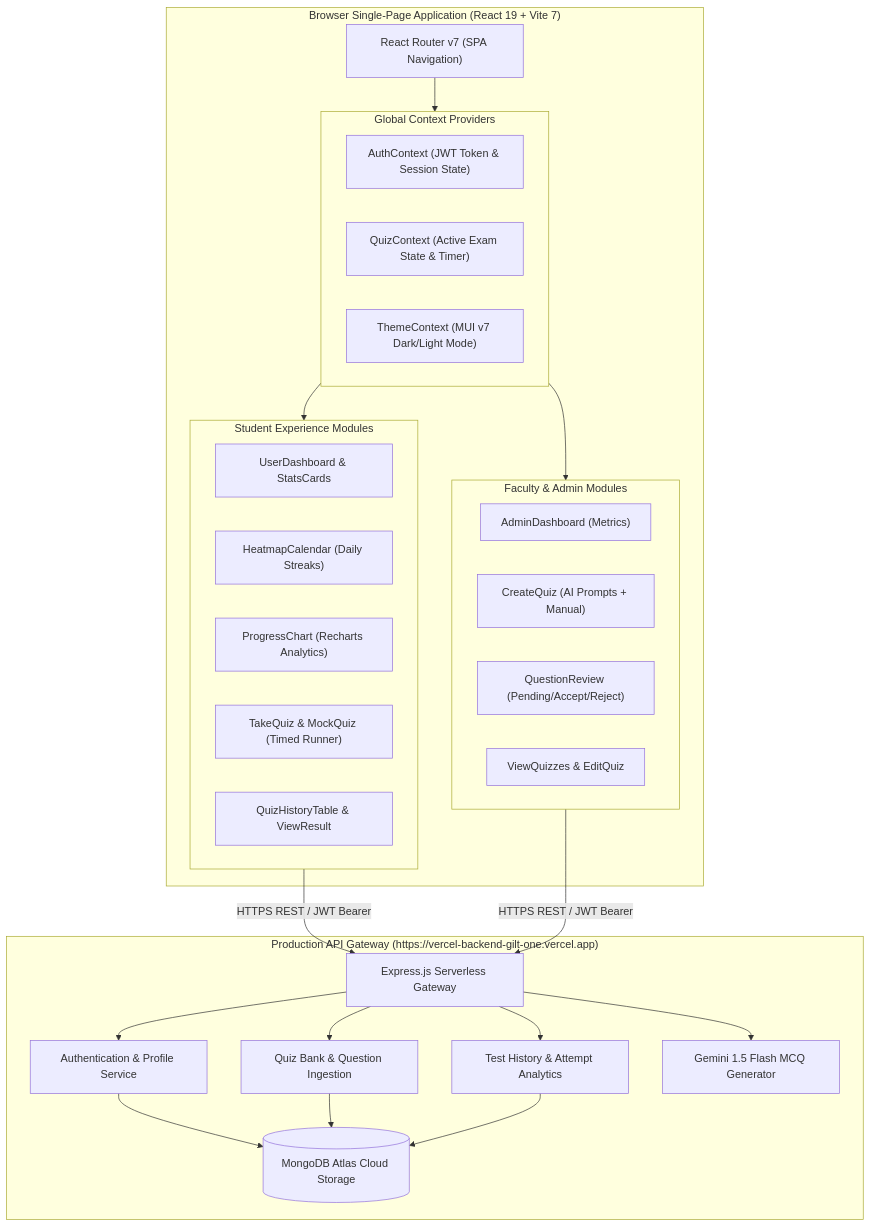
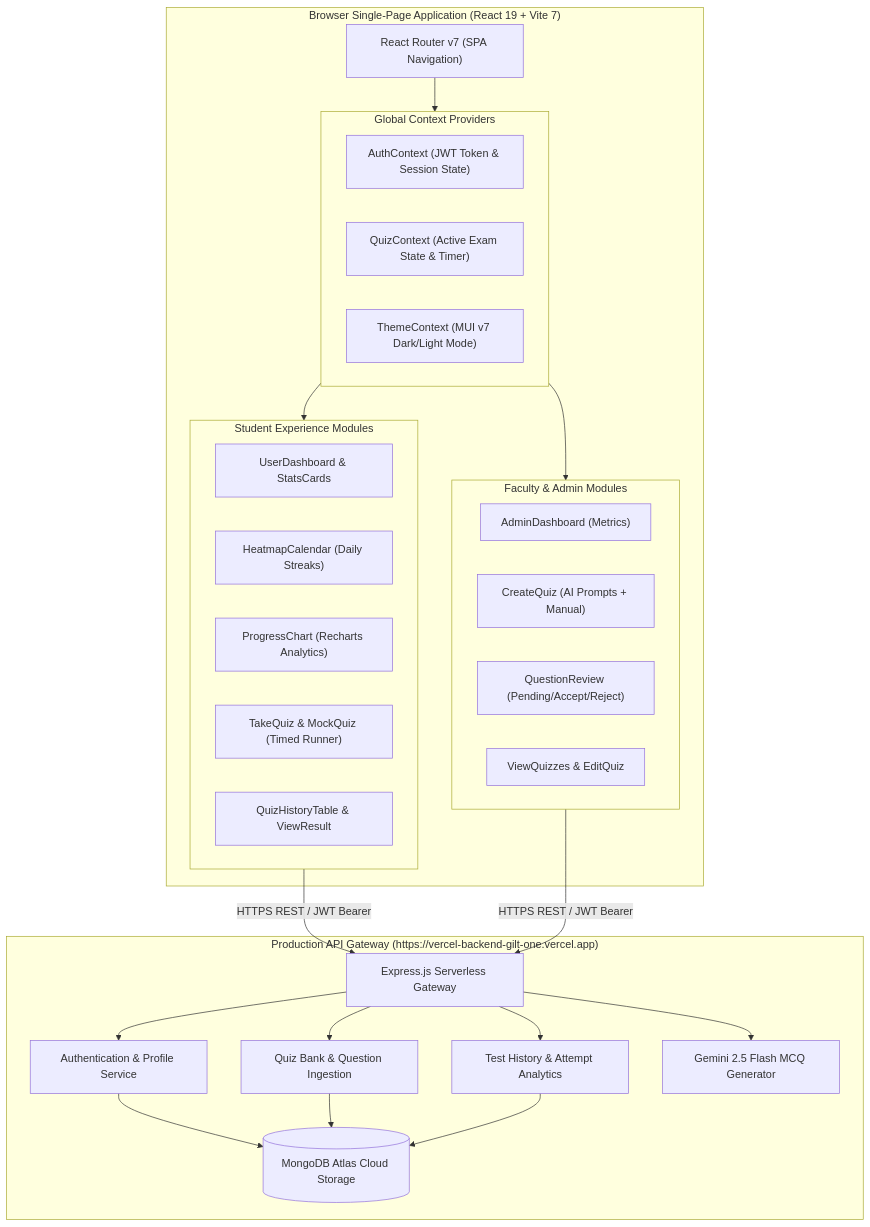
One commit to dhrub4545/mcq-main-frontend changed the first of 2 diagrams in README.md. Above: the diagram before and after it, drawn with Mermaid. The commit also changed other lines of this file and 1 other file, not shown here.

Commit message:
feat(ai): update AI model references to latest generation (Gemini 2.5 Flash/Pro)

````diff
--- a/README.md
+++ b/README.md
@@ -82,52 +82,52 @@
 ```mermaid
 flowchart TD
     subgraph BrowserClient["Browser Single-Page Application (React 19 + Vite 7)"]
         Router["React Router v7 (SPA Navigation)"]
         
         subgraph Providers["Global Context Providers"]
             AuthCtx["AuthContext (JWT Token & Session State)"]
             QuizCtx["QuizContext (Active Exam State & Timer)"]
             ThemeCtx["ThemeContext (MUI v7 Dark/Light Mode)"]
         end
 
         subgraph StudentPortal["Student Experience Modules"]
             Dashboard["UserDashboard & StatsCards"]
             Heatmap["HeatmapCalendar (Daily Streaks)"]
             Chart["ProgressChart (Recharts Analytics)"]
             ActiveExam["TakeQuiz & MockQuiz (Timed Runner)"]
             HistTable["QuizHistoryTable & ViewResult"]
         end
 
         subgraph FacultyPortal["Faculty & Admin Modules"]
             AdminDash["AdminDashboard (Metrics)"]
             QuizCreator["CreateQuiz (AI Prompts + Manual)"]
             Reviewer["QuestionReview (Pending/Accept/Reject)"]
             QuizManager["ViewQuizzes & EditQuiz"]
         end
     end
 
     subgraph CloudBackend["Production API Gateway (https://vercel-backend-gilt-one.vercel.app)"]
         BackendVercel["Express.js Serverless Gateway"]
         AuthService["Authentication & Profile Service"]
         QuizService["Quiz Bank & Question Ingestion"]
         HistoryService["Test History & Attempt Analytics"]
-        AIService["Gemini 1.5 Flash MCQ Generator"]
+        AIService["Gemini 2.5 Flash MCQ Generator"]
         Database[("MongoDB Atlas Cloud Storage")]
     end
 
     Router --> Providers
     Providers --> StudentPortal
     Providers --> FacultyPortal
 
     StudentPortal -->|"HTTPS REST / JWT Bearer"| BackendVercel
     FacultyPortal -->|"HTTPS REST / JWT Bearer"| BackendVercel
 
     BackendVercel --> AuthService
     BackendVercel --> QuizService
     BackendVercel --> HistoryService
     BackendVercel --> AIService
     
     AuthService --> Database
     QuizService --> Database
     HistoryService --> Database
 ```
````
